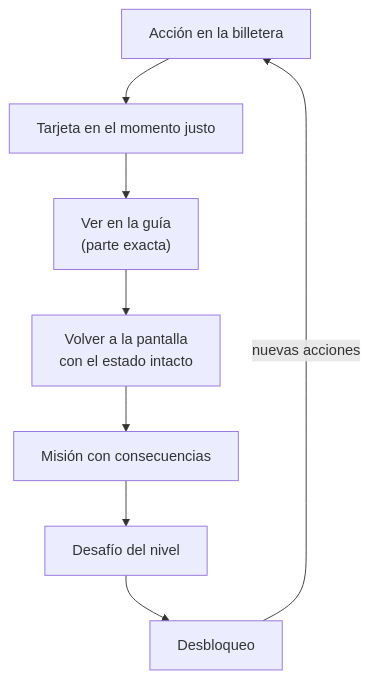
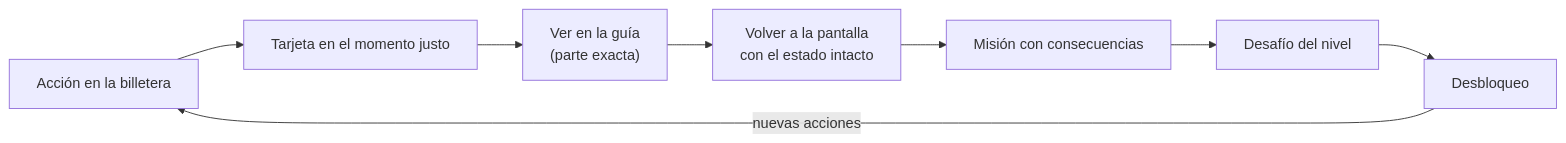
Before and after one commit to lpedaci/alcancia-app: the first of 4 diagrams in README.md, drawn with Mermaid. The commit also changed 215 other files, not shown here.

````diff
--- a/README.md
+++ b/README.md
@@ -65,12 +65,12 @@
 ```mermaid
-flowchart TB
+flowchart LR
   accTitle: Ciclo de aprendizaje de Alcancía
   accDescr: Una acción en la billetera dispara una tarjeta en el momento justo. Desde la tarjeta se va a la parte exacta de la guía y se vuelve a la pantalla de origen. Después vienen la misión con consecuencias, el desafío del nivel y el desbloqueo de la sección siguiente, que trae nuevas acciones.
   A[Acción en la billetera] --> B[Tarjeta en el momento justo]
   B --> C["Ver en la guía<br/>(parte exacta)"]
   C --> D[Volver a la pantalla<br/>con el estado intacto]
   D --> E[Misión con consecuencias]
   E --> F[Desafío del nivel]
   F --> G[Desbloqueo]
   G -->|nuevas acciones| A
 ```
````
